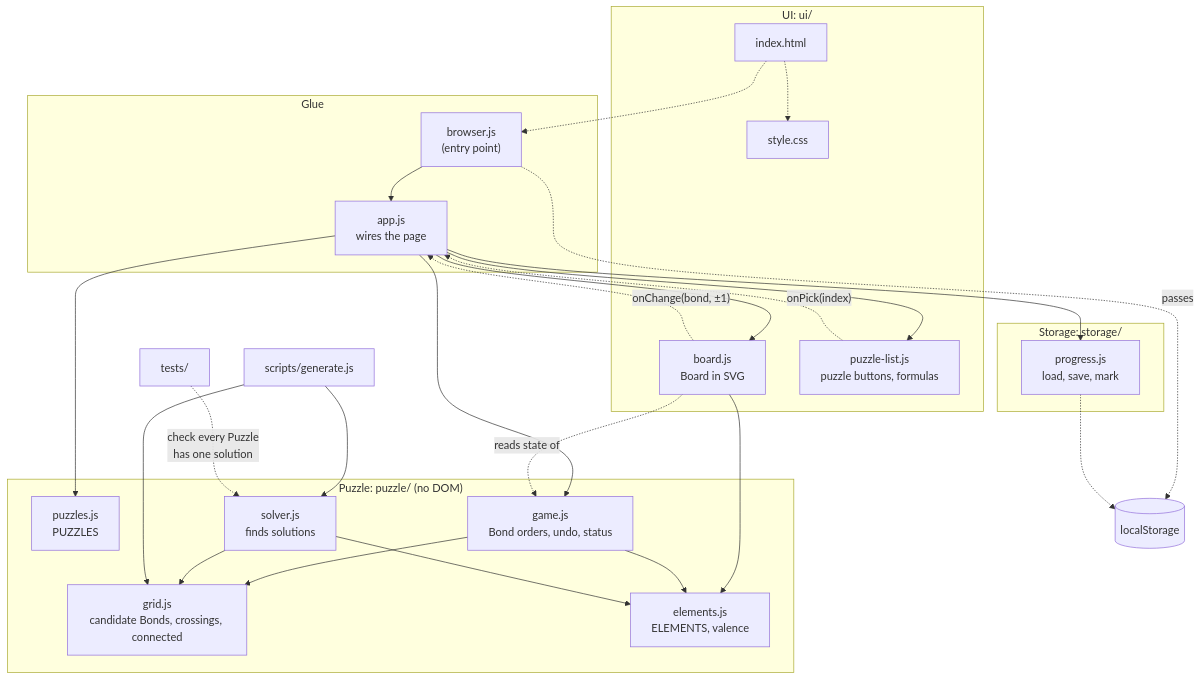
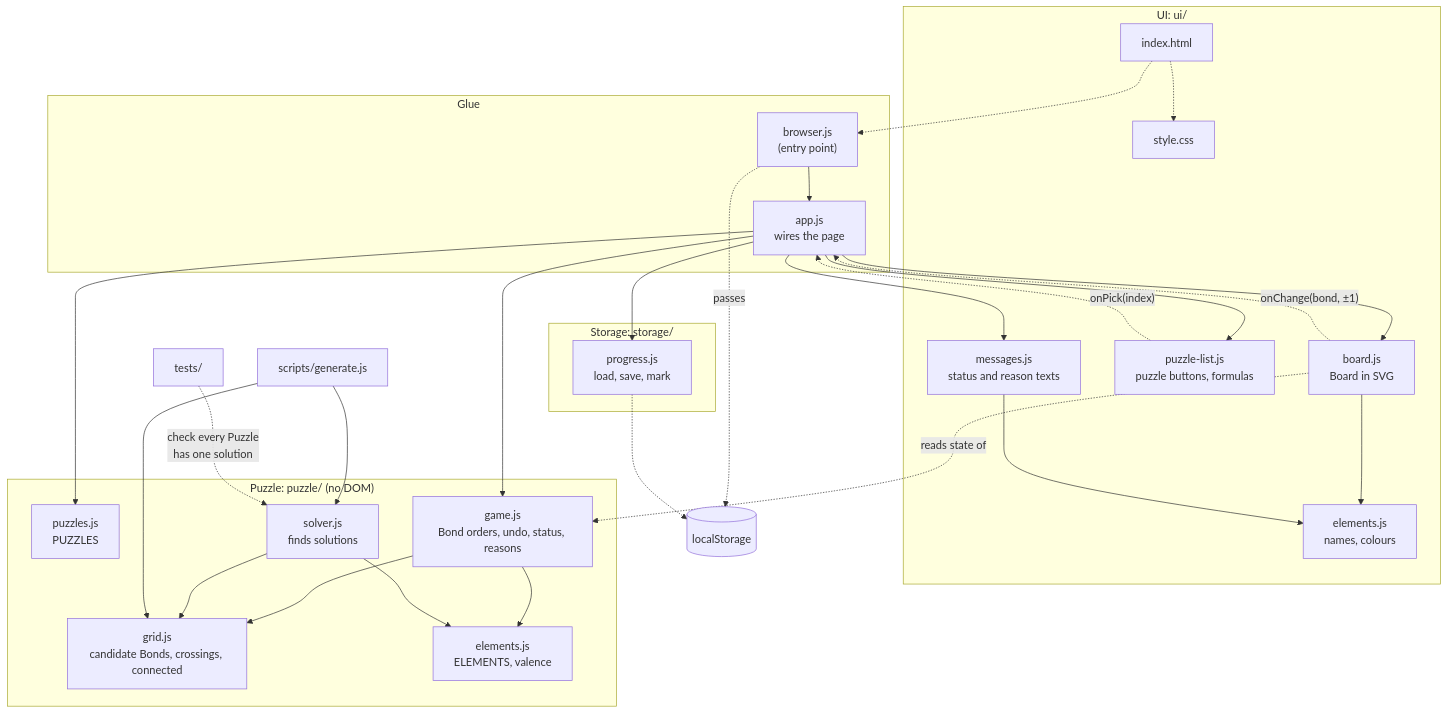
Before and after one commit to treetopbottle/molecuzzle: the diagram in README.md, drawn with Mermaid. The commit also changed other lines of this file and 6 other files, not shown here.

````diff
--- a/README.md
+++ b/README.md
@@ -54,57 +54,61 @@
 ```mermaid
 flowchart TD
   subgraph glue["Glue"]
     browser["browser.js<br/>(entry point)"]
     app["app.js<br/>wires the page"]
   end
 
   subgraph ui["UI: ui/"]
     html["index.html"]
     css["style.css"]
     board["board.js<br/>Board in SVG"]
     list["puzzle-list.js<br/>puzzle buttons, formulas"]
+    messages["messages.js<br/>status and reason texts"]
+    looks["elements.js<br/>names, colours"]
   end
 
   subgraph puzzle["Puzzle: puzzle/ (no DOM)"]
     puzzles["puzzles.js<br/>PUZZLES"]
-    game["game.js<br/>Bond orders, undo, status"]
+    game["game.js<br/>Bond orders, undo, status, reasons"]
     grid["grid.js<br/>candidate Bonds, crossings, connected"]
     solver["solver.js<br/>finds solutions"]
     elements["elements.js<br/>ELEMENTS, valence"]
   end
 
   subgraph storage["Storage: storage/"]
     progress["progress.js<br/>load, save, mark"]
   end
 
   local[("localStorage")]
   generate["scripts/generate.js"]
   tests["tests/"]
 
   html -.-> css
   html -.-> browser
   browser --> app
   browser -. "passes" .-> local
 
   app --> puzzles
   app --> game
   app --> board
   app --> list
+  app --> messages
   app --> progress
 
-  board --> elements
+  board --> looks
+  messages --> looks
   board -. "onChange(bond, ±1)" .-> app
   board -. "reads state of" .-> game
   list -. "onPick(index)" .-> app
 
   game --> elements
   game --> grid
   solver --> elements
   solver --> grid
 
   progress -.-> local
 
   generate --> grid
   generate --> solver
   tests -. "check every Puzzle<br/>has one solution" .-> solver
 ```
````
